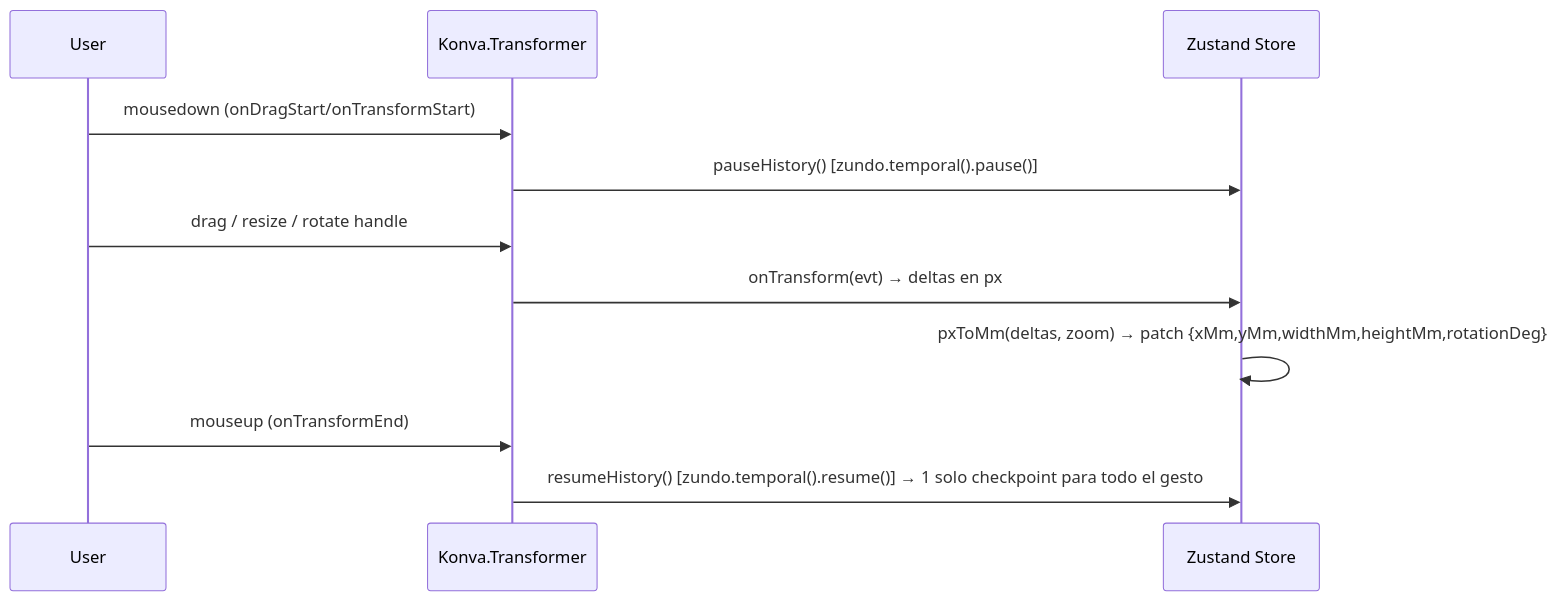
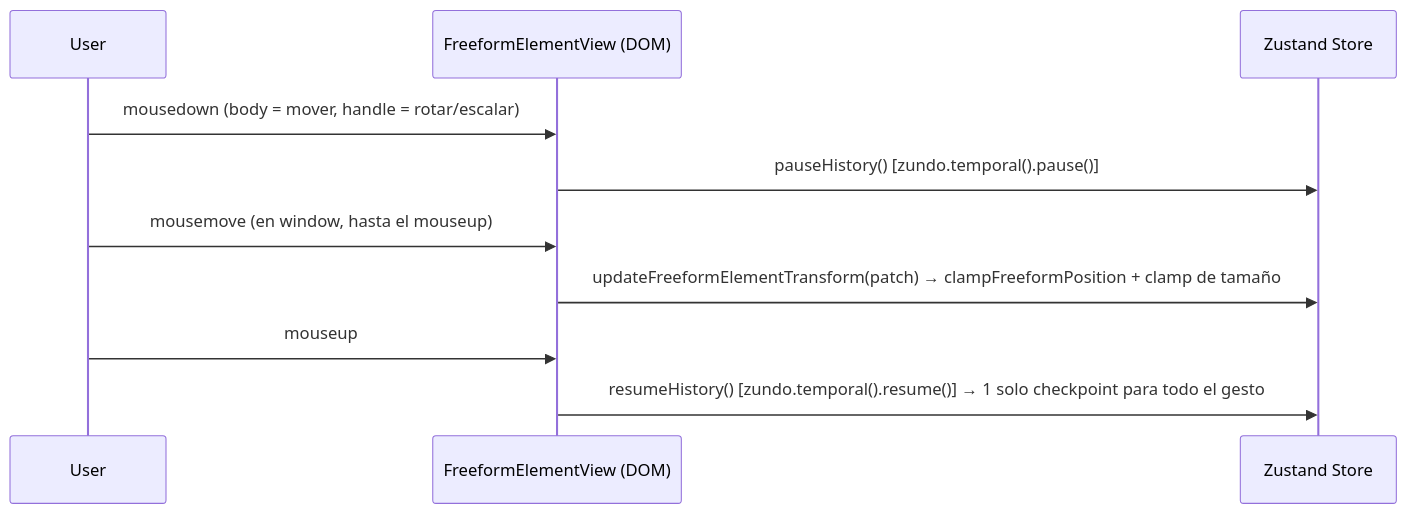
Before and after one commit to exe4que/EasyPhotoPrint: the fourth of 7 diagrams in OPENSPEC.md, drawn with Mermaid. The commit also changed other lines of this file and 9 other files, not shown here.

````diff
--- a/OPENSPEC.md
+++ b/OPENSPEC.md
@@ -801,14 +804,13 @@
 ```mermaid
 sequenceDiagram
     participant User
-    participant Konva as Konva.Transformer
+    participant Gizmo as FreeformElementView (DOM)
     participant Store as Zustand Store
 
-    User->>Konva: mousedown (onDragStart/onTransformStart)
-    Konva->>Store: pauseHistory() [zundo.temporal().pause()]
-    User->>Konva: drag / resize / rotate handle
-    Konva->>Store: onTransform(evt) → deltas en px
-    Store->>Store: pxToMm(deltas, zoom) → patch {xMm,yMm,widthMm,heightMm,rotationDeg}
-    User->>Konva: mouseup (onTransformEnd)
-    Konva->>Store: resumeHistory() [zundo.temporal().resume()] → 1 solo checkpoint para todo el gesto
+    User->>Gizmo: mousedown (body = mover, handle = rotar/escalar)
+    Gizmo->>Store: pauseHistory() [zundo.temporal().pause()]
+    User->>Gizmo: mousemove (en window, hasta el mouseup)
+    Gizmo->>Store: updateFreeformElementTransform(patch) → clampFreeformPosition + clamp de tamaño
+    User->>Gizmo: mouseup
+    Gizmo->>Store: resumeHistory() [zundo.temporal().resume()] → 1 solo checkpoint para todo el gesto
 ```
````
